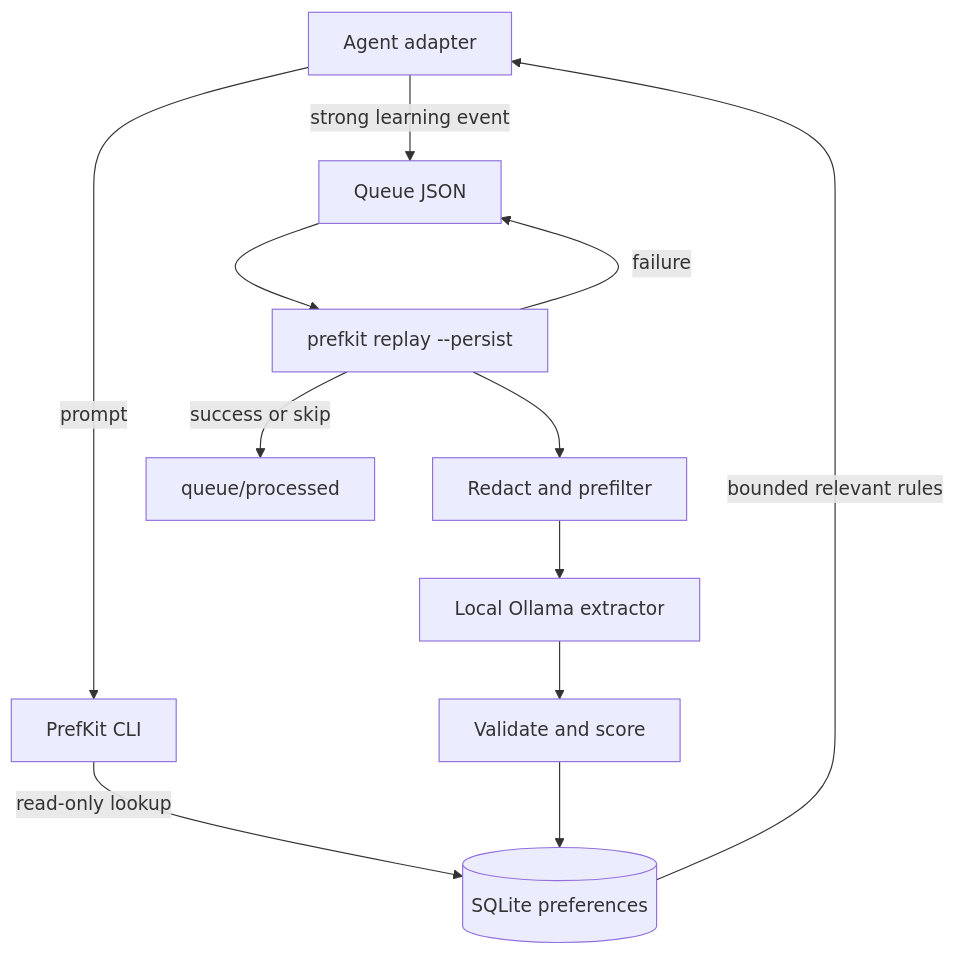
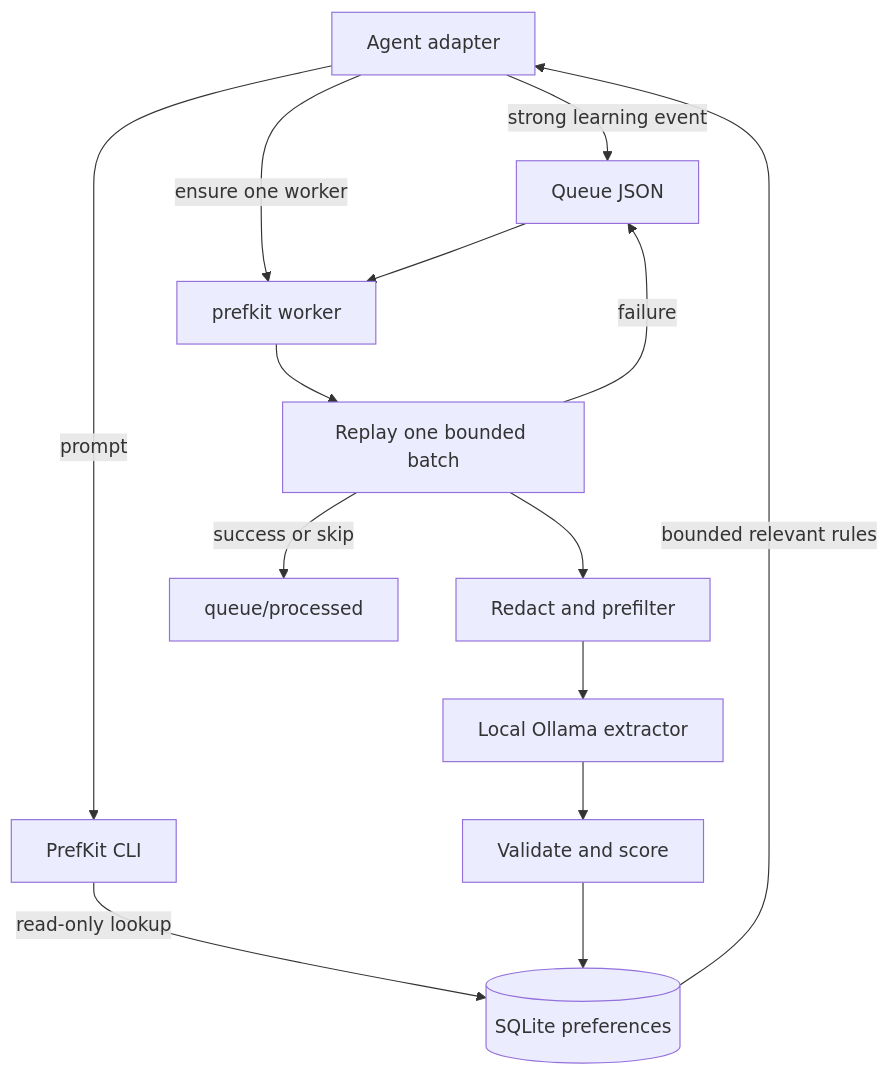
One commit to ashzero2/prefkit changed the diagram in README.md. Above: the diagram before and after it, drawn with Mermaid. The commit also changed other lines of this file and 16 other files, not shown here.

````diff
--- a/README.md
+++ b/README.md
@@ -23,14 +23,16 @@
 ```mermaid
 flowchart TD
   A[Agent adapter] -->|prompt| B[PrefKit CLI]
   B -->|read-only lookup| C[(SQLite preferences)]
   C -->|bounded relevant rules| A
   A -->|strong learning event| Q[Queue JSON]
-  Q --> R[prefkit replay --persist]
+  A -->|ensure one worker| W[prefkit worker]
+  Q --> W
+  W --> R[Replay one bounded batch]
   R --> S[Redact and prefilter]
   S --> L[Local Ollama extractor]
   L --> V[Validate and score]
   V --> C
   R -->|success or skip| P[queue/processed]
   R -->|failure| Q
 ```
````
